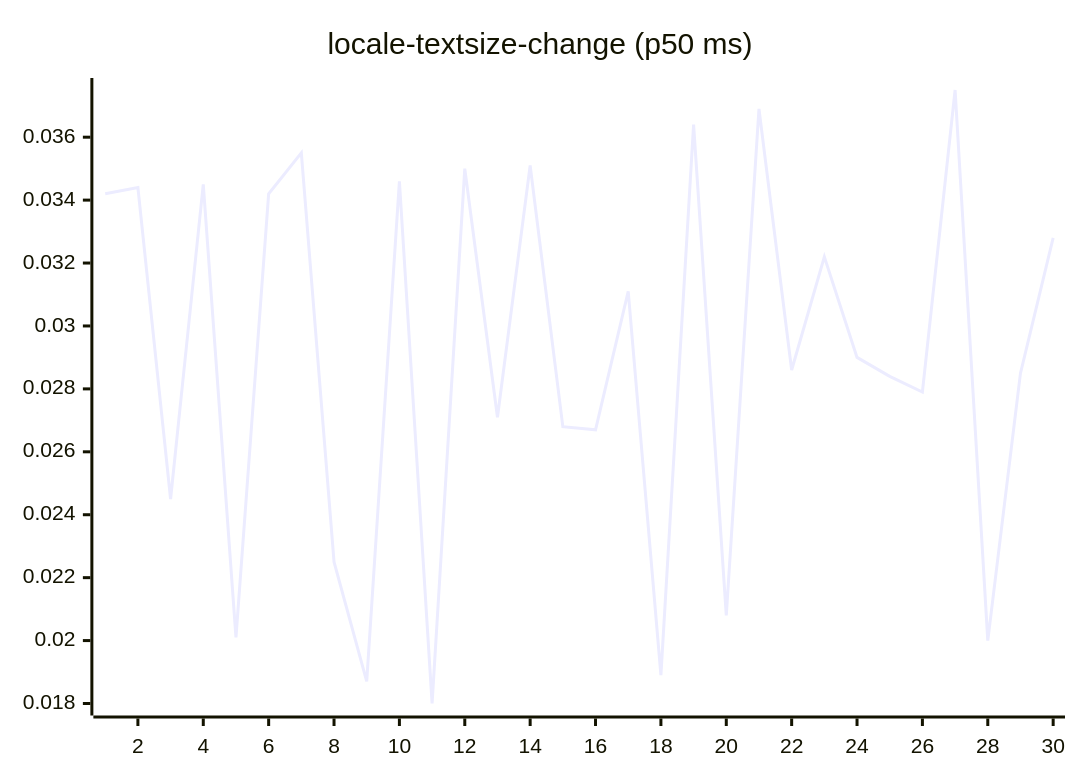
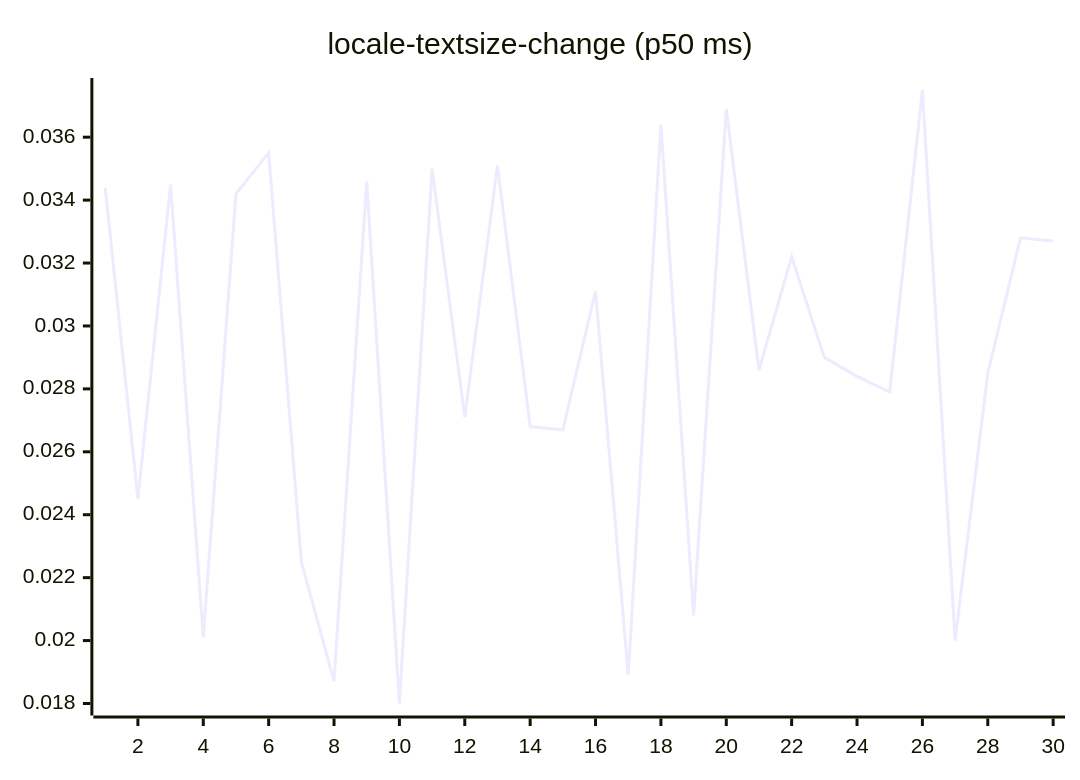
Before and after one commit to josha/Facet: diagram 13 of 27 in README.md, drawn with Mermaid. The commit also changed other lines of this file and 2 other files, not shown here.

````diff
--- a/README.md
+++ b/README.md
@@ -147,6 +147,6 @@
 ```mermaid
 xychart-beta
     title "locale-textsize-change (p50 ms)"
     x-axis 1 --> 30
-    line [0.0342, 0.0344, 0.0245, 0.0345, 0.0201, 0.0342, 0.0355, 0.0225, 0.0187, 0.0346, 0.0180, 0.0350, 0.0271, 0.0351, 0.0268, 0.0267, 0.0311, 0.0189, 0.0364, 0.0208, 0.0369, 0.0286, 0.0322, 0.0290, 0.0284, 0.0279, 0.0375, 0.0200, 0.0285, 0.0328]
+    line [0.0344, 0.0245, 0.0345, 0.0201, 0.0342, 0.0355, 0.0225, 0.0187, 0.0346, 0.0180, 0.0350, 0.0271, 0.0351, 0.0268, 0.0267, 0.0311, 0.0189, 0.0364, 0.0208, 0.0369, 0.0286, 0.0322, 0.0290, 0.0284, 0.0279, 0.0375, 0.0200, 0.0285, 0.0328, 0.0327]
 ```
````
